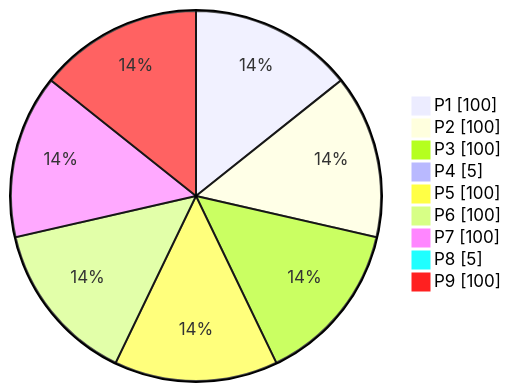
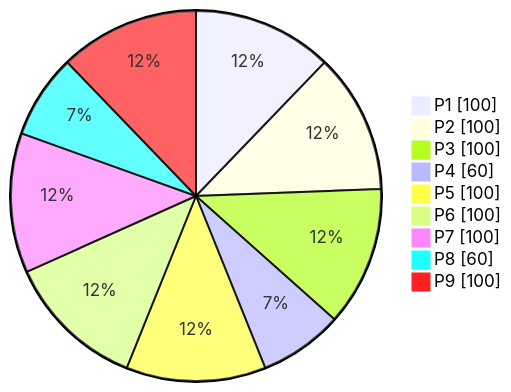
The diagram in PHASES-1-9_Debugging_Progress.md (Azrea-Shade/Trader-Forge), drawn with Mermaid before and after one commit. The commit also changed other lines of this file, not shown here.

````diff
--- a/PHASES-1-9_Debugging_Progress.md
+++ b/PHASES-1-9_Debugging_Progress.md
@@ -23,12 +22,12 @@
 ```mermaid
 pie showData
   "P1" : 100
   "P2" : 100
   "P3" : 100
-  "P4" : 5
+  "P4" : 60
   "P5" : 100
   "P6" : 100
   "P7" : 100
-  "P8" : 5
+  "P8" : 60
   "P9" : 100
 ```
````
